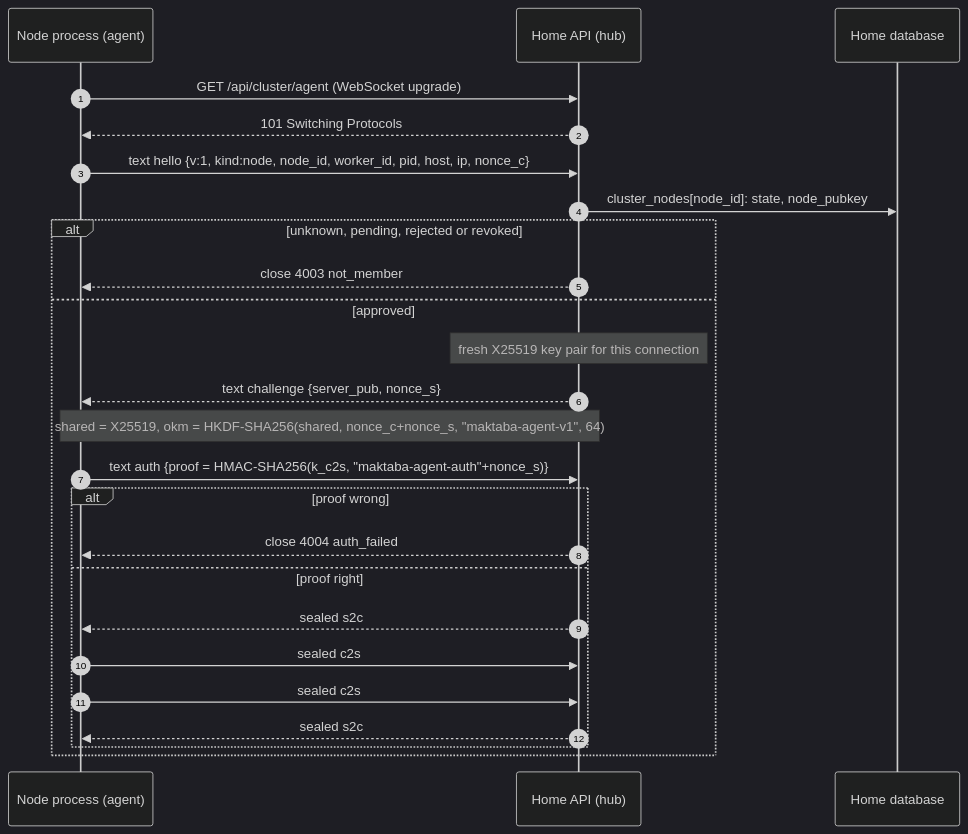
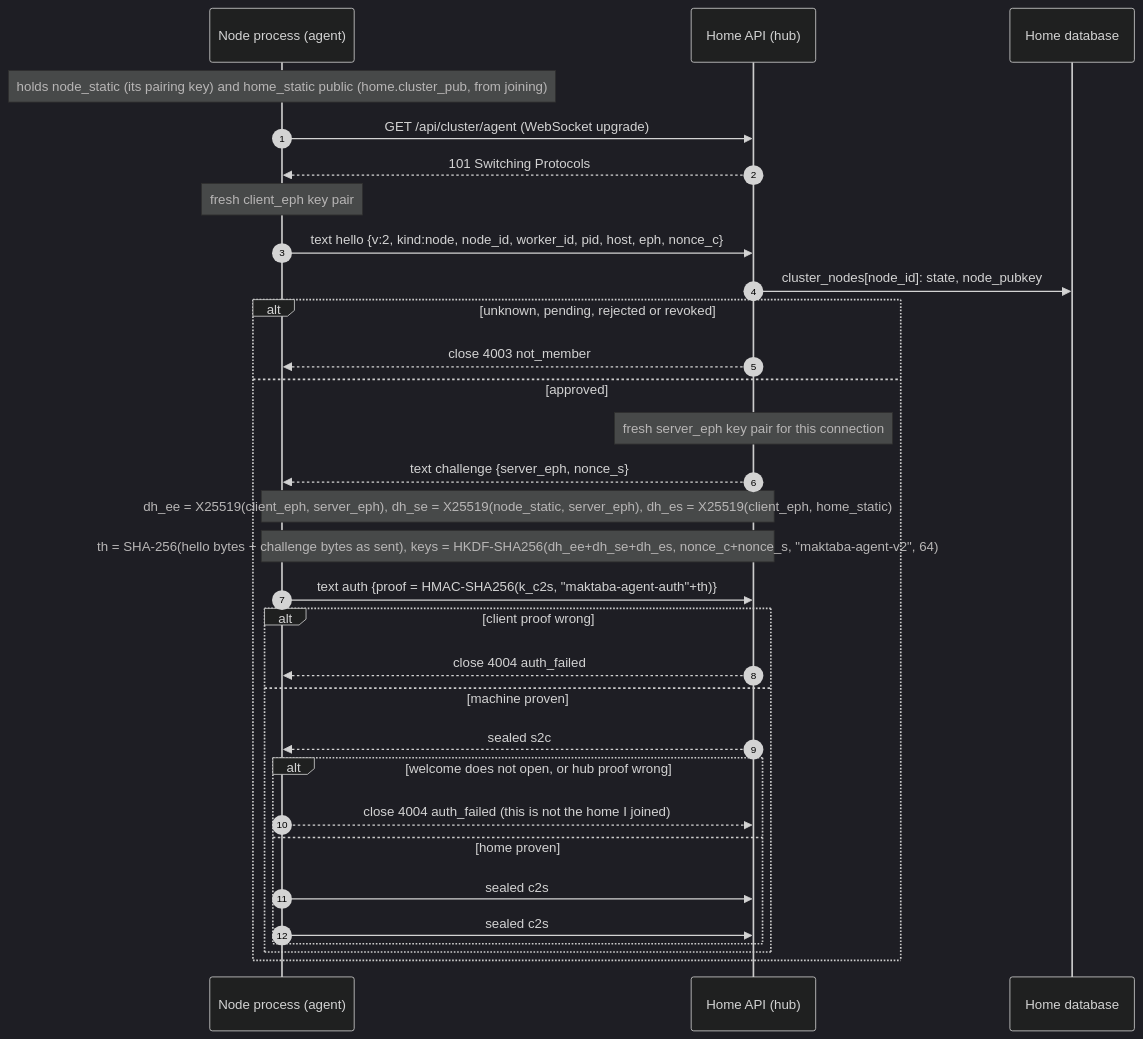
One commit to Hamza-Labs-Core/Maktaba changed the first of 4 diagrams in specs/epics/31-multi-instance/design-agent.md. Above: the diagram before and after it, drawn with Mermaid (dark theme). The commit also changed other lines of this file and 8 other files, not shown here.

````diff
--- a/specs/epics/31-multi-instance/design-agent.md
+++ b/specs/epics/31-multi-instance/design-agent.md
@@ -734,27 +836,33 @@
 ```mermaid
 sequenceDiagram
     autonumber
     participant N as Node process (agent)
     participant H as Home API (hub)
     participant DB as Home database
+    Note over N: holds node_static (its pairing key) and home_static public (home.cluster_pub, from joining)
     N->>H: GET /api/cluster/agent (WebSocket upgrade)
     H-->>N: 101 Switching Protocols
-    N->>H: text hello {v:1, kind:node, node_id, worker_id, pid, host, ip, nonce_c}
+    Note over N: fresh client_eph key pair
+    N->>H: text hello {v:2, kind:node, node_id, worker_id, pid, host, eph, nonce_c}
     H->>DB: cluster_nodes[node_id]: state, node_pubkey
     alt unknown, pending, rejected or revoked
         H-->>N: close 4003 not_member
     else approved
-        Note over H: fresh X25519 key pair for this connection
-        H-->>N: text challenge {server_pub, nonce_s}
-        Note over N,H: shared = X25519, okm = HKDF-SHA256(shared, nonce_c+nonce_s, "maktaba-agent-v1", 64)
-        N->>H: text auth {proof = HMAC-SHA256(k_c2s, "maktaba-agent-auth"+nonce_s)}
-        alt proof wrong
+        Note over H: fresh server_eph key pair for this connection
+        H-->>N: text challenge {server_eph, nonce_s}
+        Note over N,H: dh_ee = X25519(client_eph, server_eph), dh_se = X25519(node_static, server_eph), dh_es = X25519(client_eph, home_static)
+        Note over N,H: th = SHA-256(hello bytes + challenge bytes as sent), keys = HKDF-SHA256(dh_ee+dh_se+dh_es, nonce_c+nonce_s, "maktaba-agent-v2", 64)
+        N->>H: text auth {proof = HMAC-SHA256(k_c2s, "maktaba-agent-auth"+th)}
+        alt client proof wrong
             H-->>N: close 4004 auth_failed
-        else proof right
-            H-->>N: sealed s2c #0 welcome {session, settings}
-            N->>H: sealed c2s #0 metrics
-            N->>H: sealed c2s #1 llm.models
-            H-->>N: sealed s2c #1 ping
+        else machine proven
+            H-->>N: sealed s2c #0 welcome {proof = HMAC-SHA256(k_s2c, "maktaba-agent-server"+th), session, settings}
+            alt welcome does not open, or hub proof wrong
+                N-->>H: close 4004 auth_failed (this is not the home I joined)
+            else home proven
+                N->>H: sealed c2s #0 metrics
+                N->>H: sealed c2s #1 llm.models
+            end
         end
     end
 ```
````
